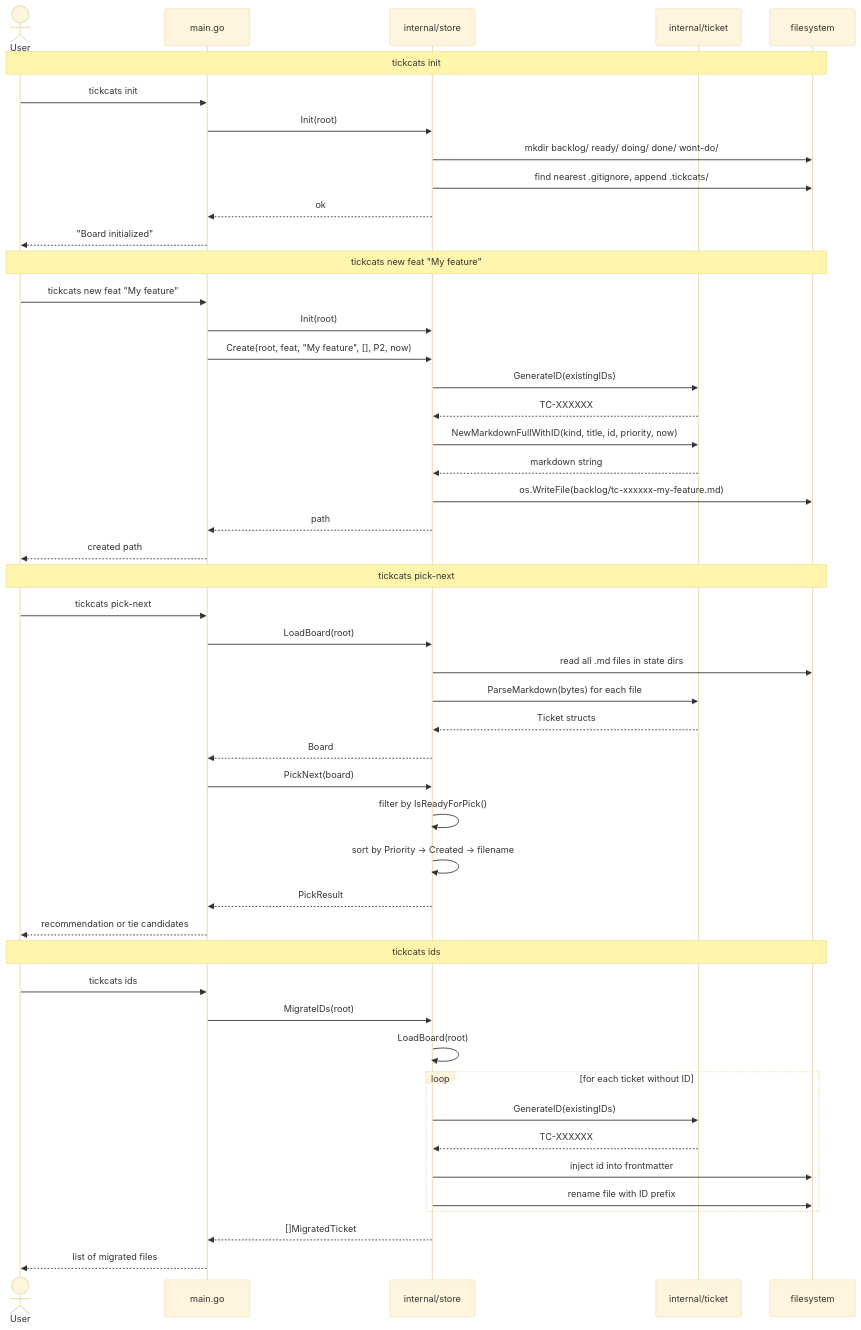
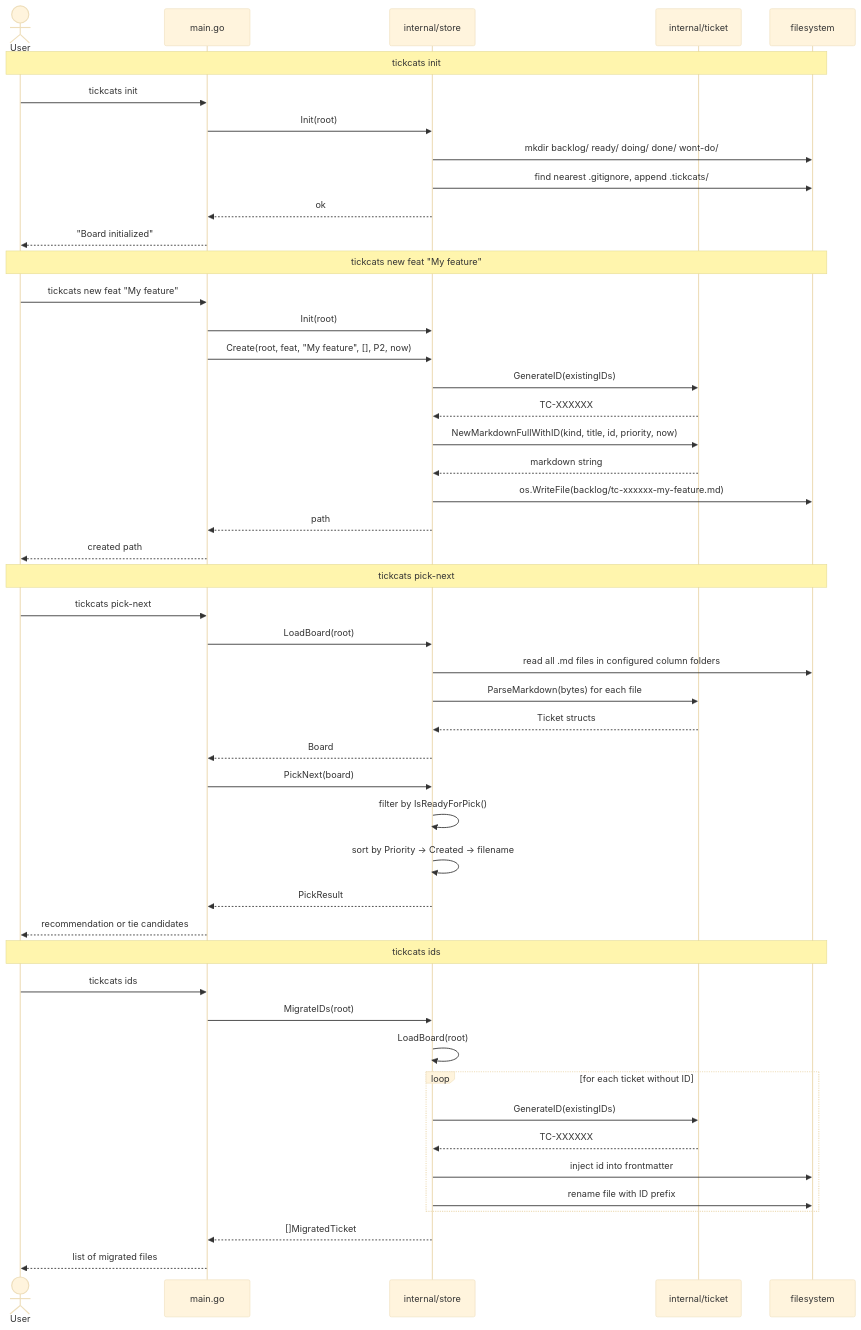
One commit to dawidsok/tickcats changed the third of 3 diagrams in docs/flows/cli-commands.md. Above: the diagram before and after it, drawn with Mermaid (base theme). The commit also changed other lines of this file and 29 other files, not shown here.

````diff
--- a/docs/flows/cli-commands.md
+++ b/docs/flows/cli-commands.md
@@ -85,54 +103,54 @@
 ```mermaid
 sequenceDiagram
     actor User
     participant CLI as main.go
     participant Store as internal/store
     participant Ticket as internal/ticket
     participant FS as filesystem
 
     Note over User,FS: tickcats init
     User->>CLI: tickcats init
     CLI->>Store: Init(root)
     Store->>FS: mkdir backlog/ ready/ doing/ done/ wont-do/
     Store->>FS: find nearest .gitignore, append .tickcats/
     Store-->>CLI: ok
     CLI-->>User: "Board initialized"
 
     Note over User,FS: tickcats new feat "My feature"
     User->>CLI: tickcats new feat "My feature"
     CLI->>Store: Init(root)
     CLI->>Store: Create(root, feat, "My feature", [], P2, now)
     Store->>Ticket: GenerateID(existingIDs)
     Ticket-->>Store: TC-XXXXXX
     Store->>Ticket: NewMarkdownFullWithID(kind, title, id, priority, now)
     Ticket-->>Store: markdown string
     Store->>FS: os.WriteFile(backlog/tc-xxxxxx-my-feature.md)
     Store-->>CLI: path
     CLI-->>User: created path
 
     Note over User,FS: tickcats pick-next
     User->>CLI: tickcats pick-next
     CLI->>Store: LoadBoard(root)
-    Store->>FS: read all .md files in state dirs
+    Store->>FS: read all .md files in configured column folders
     Store->>Ticket: ParseMarkdown(bytes) for each file
     Ticket-->>Store: Ticket structs
     Store-->>CLI: Board
     CLI->>Store: PickNext(board)
     Store->>Store: filter by IsReadyForPick()
     Store->>Store: sort by Priority → Created → filename
     Store-->>CLI: PickResult
     CLI-->>User: recommendation or tie candidates
 
     Note over User,FS: tickcats ids
     User->>CLI: tickcats ids
     CLI->>Store: MigrateIDs(root)
     Store->>Store: LoadBoard(root)
     loop for each ticket without ID
         Store->>Ticket: GenerateID(existingIDs)
         Ticket-->>Store: TC-XXXXXX
         Store->>FS: inject id into frontmatter
         Store->>FS: rename file with ID prefix
     end
     Store-->>CLI: []MigratedTicket
     CLI-->>User: list of migrated files
 ```
````
